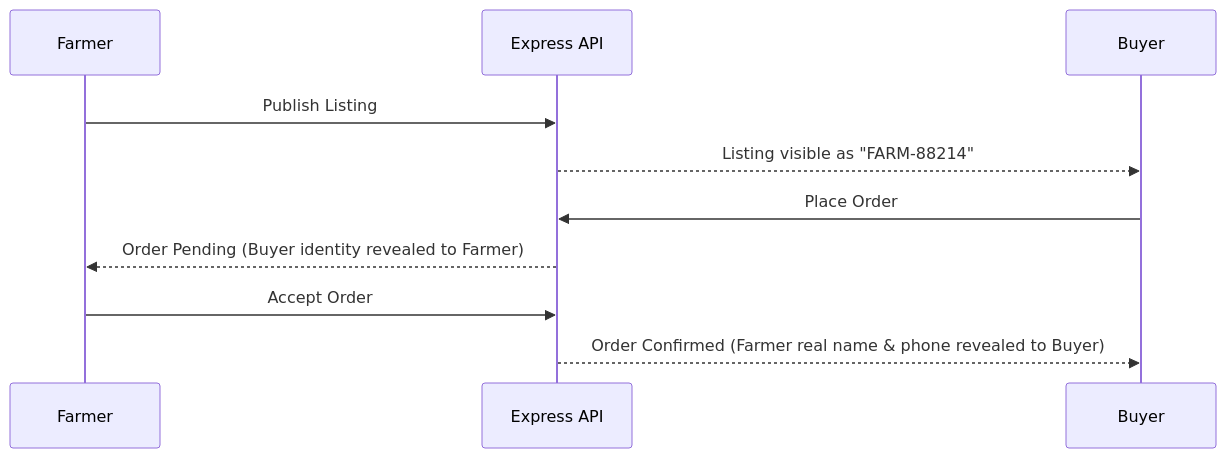
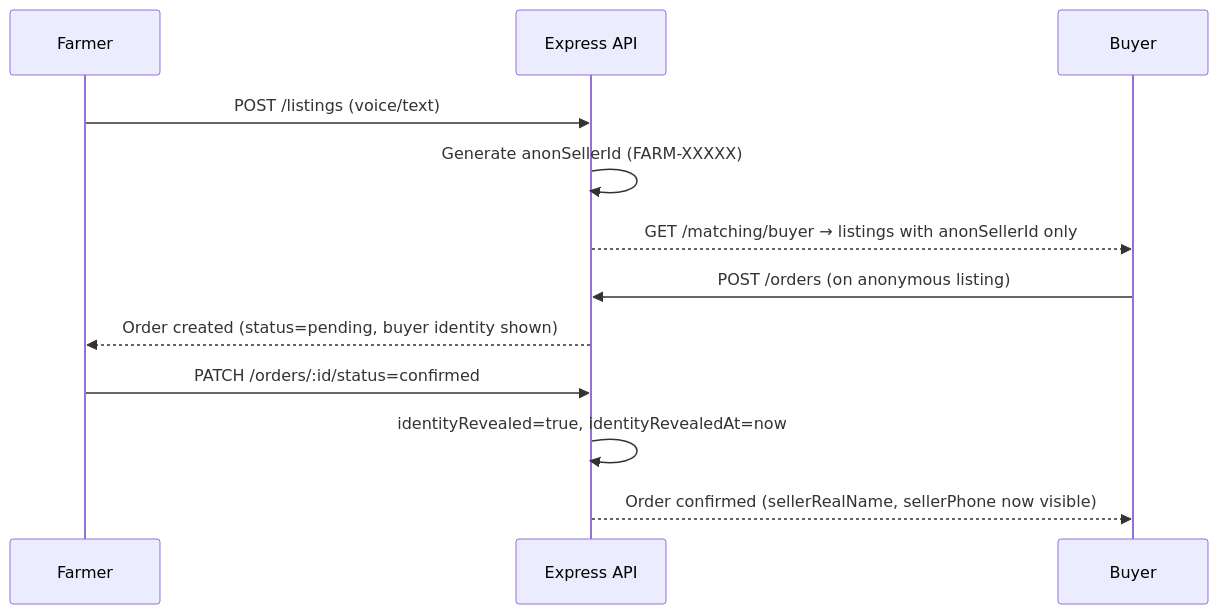
Before and after one commit to cressica18/SIH2026_MVP: the third of 4 diagrams in README.md, drawn with Mermaid. The commit also changed other lines of this file, not shown here.

````diff
--- a/README.md
+++ b/README.md
@@ -105,12 +119,14 @@
 ```mermaid
 sequenceDiagram
     participant F as Farmer
     participant API as Express API
     participant B as Buyer
-    F->>API: Publish Listing
-    API-->>B: Listing visible as "FARM-88214"
-    B->>API: Place Order
-    API-->>F: Order Pending (Buyer identity revealed to Farmer)
-    F->>API: Accept Order
-    API-->>B: Order Confirmed (Farmer real name & phone revealed to Buyer)
+    F->>API: POST /listings (voice/text)
+    API->>API: Generate anonSellerId (FARM-XXXXX)
+    API-->>B: GET /matching/buyer → listings with anonSellerId only
+    B->>API: POST /orders (on anonymous listing)
+    API-->>F: Order created (status=pending, buyer identity shown)
+    F->>API: PATCH /orders/:id/status=confirmed
+    API->>API: identityRevealed=true, identityRevealedAt=now
+    API-->>B: Order confirmed (sellerRealName, sellerPhone now visible)
 ```
````
